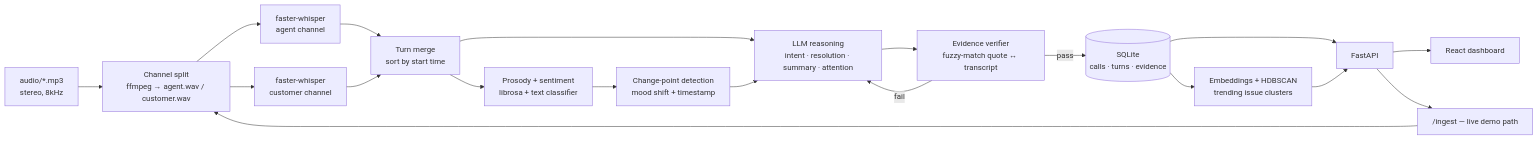
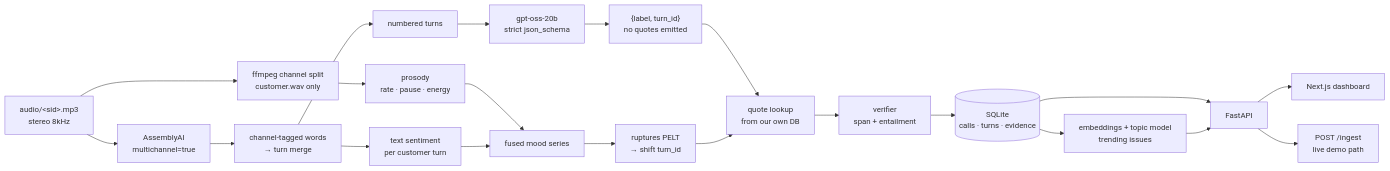
Before and after one commit to Rahul-Vrize/Call-Centre-Radar: the diagram in RADAR_PLAYBOOK.md, drawn with Mermaid. The commit also changed other lines of this file and 1536 other files, not shown here.

````diff
--- a/RADAR_PLAYBOOK.md
+++ b/RADAR_PLAYBOOK.md
@@ -29,21 +70,23 @@
 ```mermaid
 flowchart LR
-    A[audio/*.mp3\nstereo, 8kHz] --> B["Channel split\nffmpeg → agent.wav / customer.wav"]
-    B --> C1["faster-whisper\nagent channel"]
-    B --> C2["faster-whisper\ncustomer channel"]
-    C1 --> D["Turn merge\nsort by start time"]
-    C2 --> D
-    D --> E["Prosody + sentiment\nlibrosa + text classifier"]
-    E --> F["Change-point detection\nmood shift + timestamp"]
-    D --> G["LLM reasoning\nintent · resolution · summary · attention"]
+    A["audio/&lt;sid&gt;.mp3<br/>stereo 8kHz"] --> B["AssemblyAI<br/>multichannel=true"]
+    A --> C["ffmpeg channel split<br/>customer.wav only"]
+    B --> D["channel-tagged words<br/>→ turn merge"]
+    C --> E["prosody<br/>rate · pause · energy"]
+    D --> F["text sentiment<br/>per customer turn"]
+    E --> G["fused mood series"]
     F --> G
-    G --> H["Evidence verifier\nfuzzy-match quote ↔ transcript"]
-    H -->|pass| I[(SQLite\ncalls · turns · evidence)]
-    H -->|fail| G
-    I --> J["Embeddings + HDBSCAN\ntrending issue clusters"]
-    I --> K[FastAPI]
-    J --> K
-    K --> L[React dashboard]
-    K --> M["/ingest — live demo path"]
-    M --> B
+    G --> H["ruptures PELT<br/>→ shift turn_id"]
+    D --> I["numbered turns"]
+    I --> J["gpt-oss-20b<br/>strict json_schema"]
+    J --> K["{label, turn_id}<br/>no quotes emitted"]
+    K --> L["quote lookup<br/>from our own DB"]
+    H --> L
+    L --> M["verifier<br/>span + entailment"]
+    M --> N[("SQLite<br/>calls · turns · evidence")]
+    N --> O["embeddings + topic model<br/>trending issues"]
+    N --> P[FastAPI]
+    O --> P
+    P --> Q["Next.js dashboard"]
+    P --> R["POST /ingest<br/>live demo path"]
 ```
````
